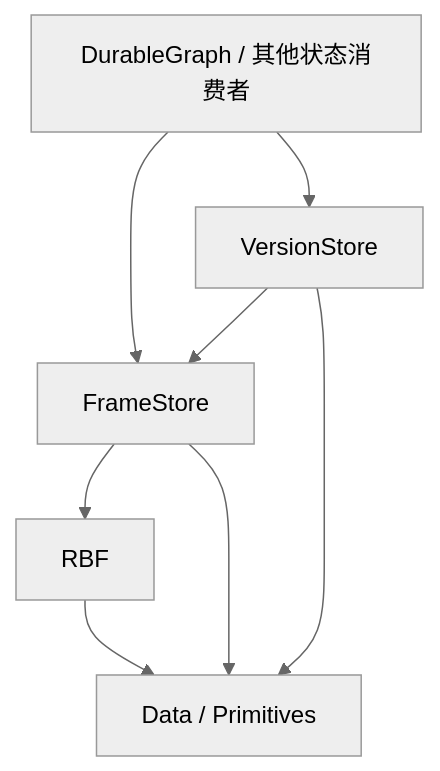
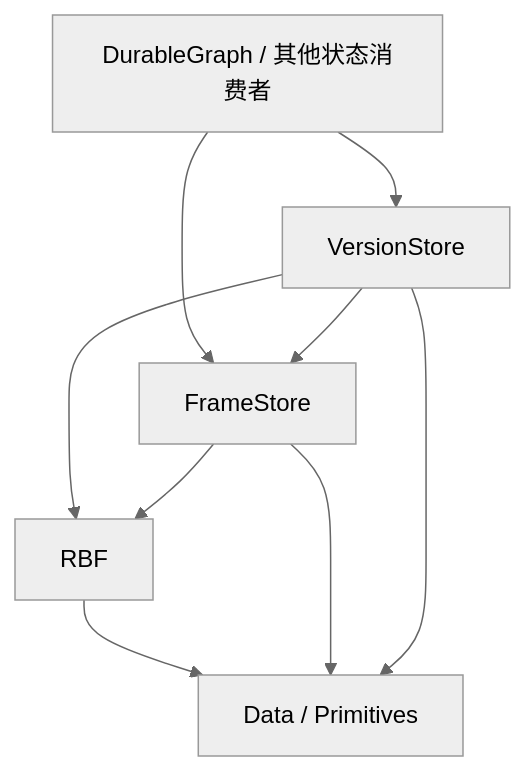
The diagram in docs/FrameStore-VersionStore/00-architecture-decisions.md (Atelia-org/atelia-storage), drawn with Mermaid (neutral theme) before and after one commit. The commit also changed other lines of this file and 11 other files, not shown here.

````diff
--- a/docs/FrameStore-VersionStore/00-architecture-decisions.md
+++ b/docs/FrameStore-VersionStore/00-architecture-decisions.md
@@ -80,10 +139,11 @@
 ```mermaid
 flowchart TD
     App["DurableGraph / 其他状态消费者"] --> V["VersionStore"]
     App --> F["FrameStore"]
     V --> F
+    V --> R
     F --> R["RBF"]
     R --> D["Data / Primitives"]
     F --> D
     V --> D
 ```
````
